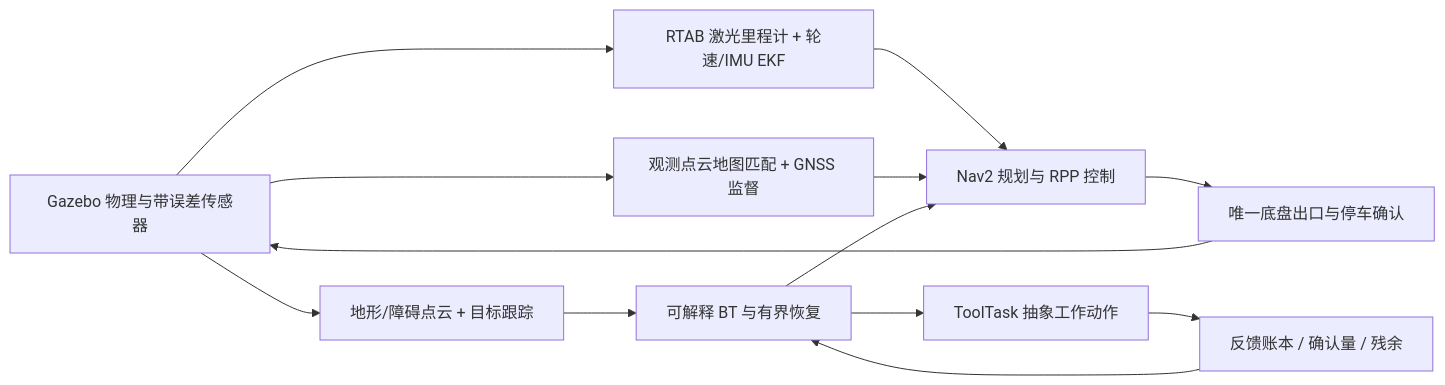
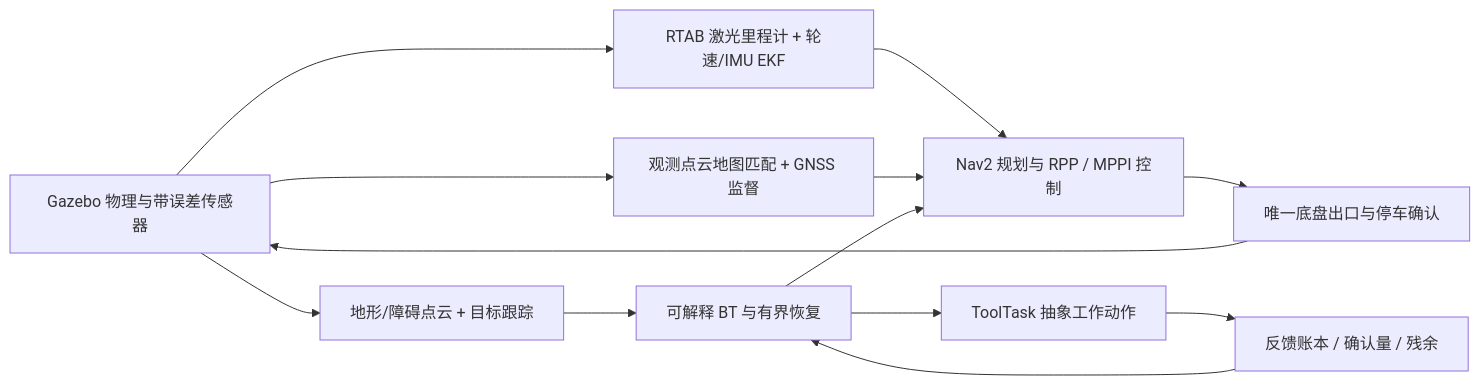
Before and after one commit to caihao1B/ROS2_BT-: the diagram in README.md, drawn with Mermaid. The commit also changed other lines of this file and 284 other files, not shown here.

````diff
--- a/README.md
+++ b/README.md
@@ -21,15 +21,15 @@
 ```mermaid
 flowchart LR
   SIM[Gazebo 物理与带误差传感器] --> ODOM[RTAB 激光里程计 + 轮速/IMU EKF]
   SIM --> MAP[观测点云地图匹配 + GNSS 监督]
   SIM --> PER[地形/障碍点云 + 目标跟踪]
-  ODOM --> NAV[Nav2 规划与 RPP 控制]
+  ODOM --> NAV[Nav2 规划与 RPP / MPPI 控制]
   MAP --> NAV
   PER --> BT[可解释 BT 与有界恢复]
   BT --> NAV
   NAV --> GATE[唯一底盘出口与停车确认]
   GATE --> SIM
   BT --> TOOL[ToolTask 抽象工作动作]
   TOOL --> LEDGER[反馈账本 / 确认量 / 残余]
   LEDGER --> BT
 ```
````
